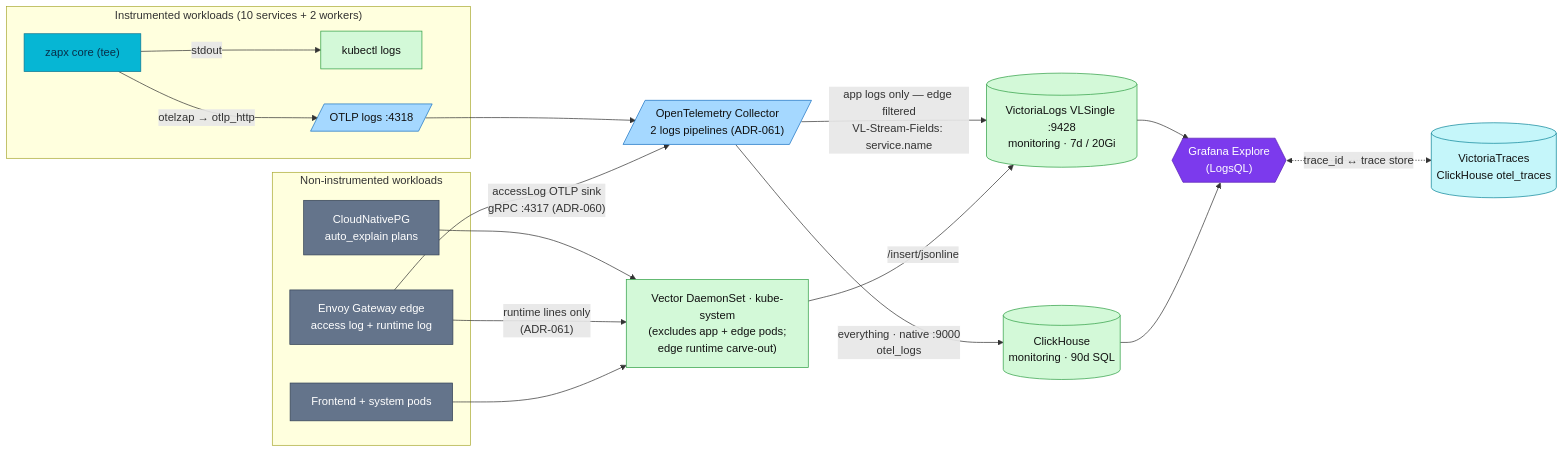
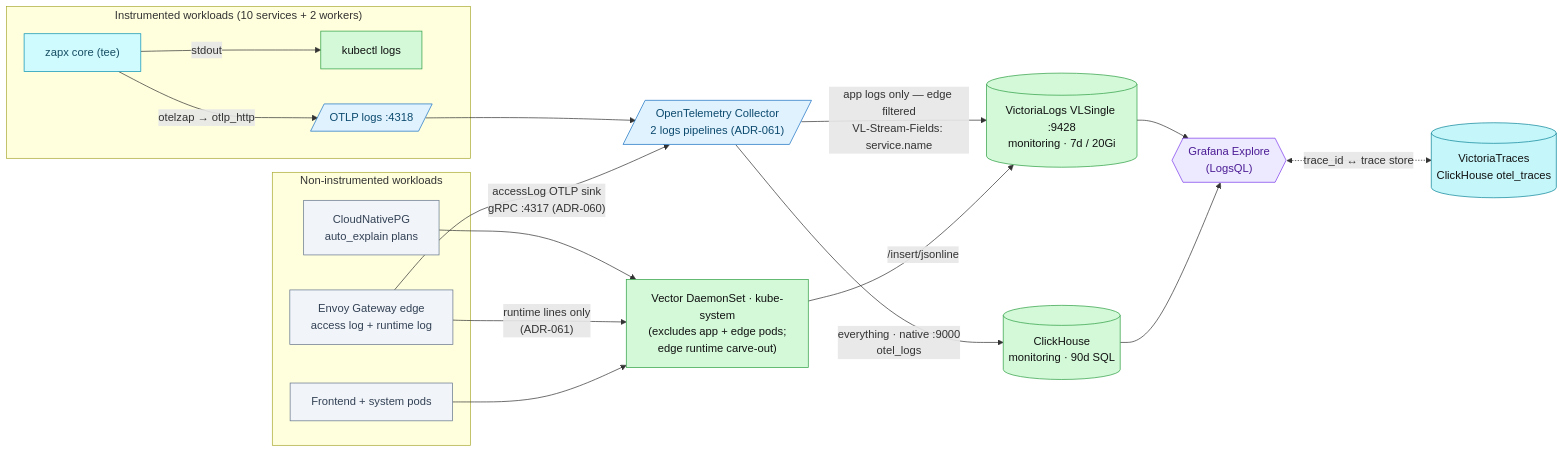
One commit to duynhlab/homelab changed the diagram in docs/observability/logging/README.md. Above: the diagram before and after it, drawn with Mermaid. The commit also changed 174 other files, not shown here.

First line of the commit message:
Soft-tint diagram palette, a signal-flow diagram, a Linux-ready Draw.io skill

````diff
--- a/docs/observability/logging/README.md
+++ b/docs/observability/logging/README.md
@@ -70,38 +70,38 @@
 ```mermaid
 flowchart LR
     subgraph apps["Instrumented workloads (10 services + 2 workers)"]
         Z["zapx core (tee)"]
         Z -->|stdout| KLOGS["kubectl logs"]
         Z -->|"otelzap → otlp_http"| OTLP
     end
     subgraph infra["Non-instrumented workloads"]
         CNPG["CloudNativePG<br/>auto_explain plans"]
         EDGE["Envoy Gateway edge<br/>access log + runtime log"]
         FE["Frontend + system pods"]
     end
     OTLP[/"OTLP logs :4318"/] --> COL[/"OpenTelemetry Collector<br/>2 logs pipelines (ADR-061)"/]
     CNPG --> VEC["Vector DaemonSet · kube-system<br/>(excludes app + edge pods;<br/>edge runtime carve-out)"]
     EDGE -->|"accessLog OTLP sink<br/>gRPC :4317 (ADR-060)"| COL
     EDGE -->|"runtime lines only<br/>(ADR-061)"| VEC
     FE --> VEC
     COL -->|"app logs only — edge filtered<br/>VL-Stream-Fields: service.name"| VL[("VictoriaLogs VLSingle :9428<br/>monitoring · 7d / 20Gi")]
     COL -->|"everything · native :9000<br/>otel_logs"| CH[("ClickHouse<br/>monitoring · 90d SQL")]
     VEC -->|"/insert/jsonline"| VL
     VL --> GRAF{{"Grafana Explore<br/>(LogsQL)"}}
     CH --> GRAF
     GRAF <-. "trace_id ↔ trace store" .-> TEMPO[("VictoriaTraces<br/>ClickHouse otel_traces")]
-    classDef collector fill:#a5d8ff,color:#111,stroke:#1971c2;
+    classDef collector fill:#e0f2fe,color:#0c4a6e,stroke:#1971c2;
     classDef log fill:#d3f9d8,color:#111,stroke:#2f9e44;
     classDef trace fill:#c5f6fa,color:#111,stroke:#0c8599;
     class OTLP,COL collector;
     class VL log;
     class CH log;
     class TEMPO trace;
-    classDef service fill:#06b6d4,color:#082f49,stroke:#0e7490;
-    classDef external fill:#64748b,color:#fff,stroke:#334155;
-    classDef platform fill:#7c3aed,color:#fff,stroke:#5b21b6;
+    classDef service fill:#cffafe,color:#164e63,stroke:#0891b2;
+    classDef external fill:#f1f5f9,color:#334155,stroke:#64748b;
+    classDef platform fill:#ede9fe,color:#4c1d95,stroke:#7c3aed;
     class Z service;
     class CNPG,EDGE,FE external;
     class VEC,KLOGS log;
     class GRAF platform;
 ```
````
